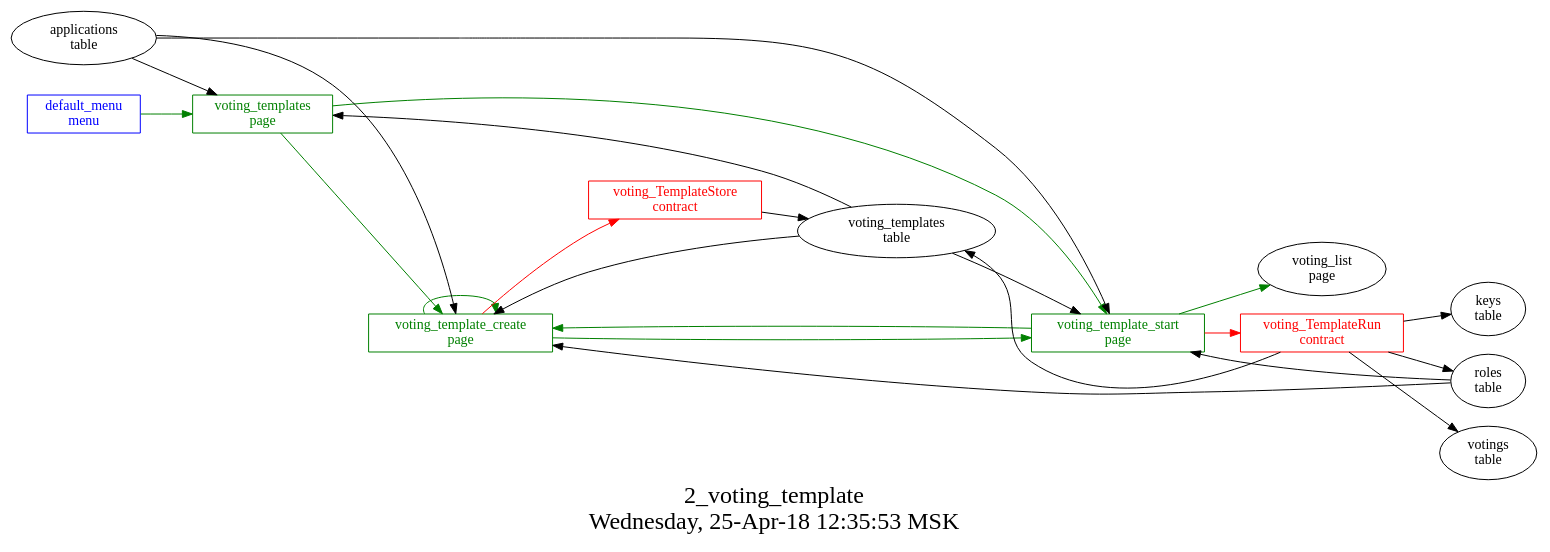
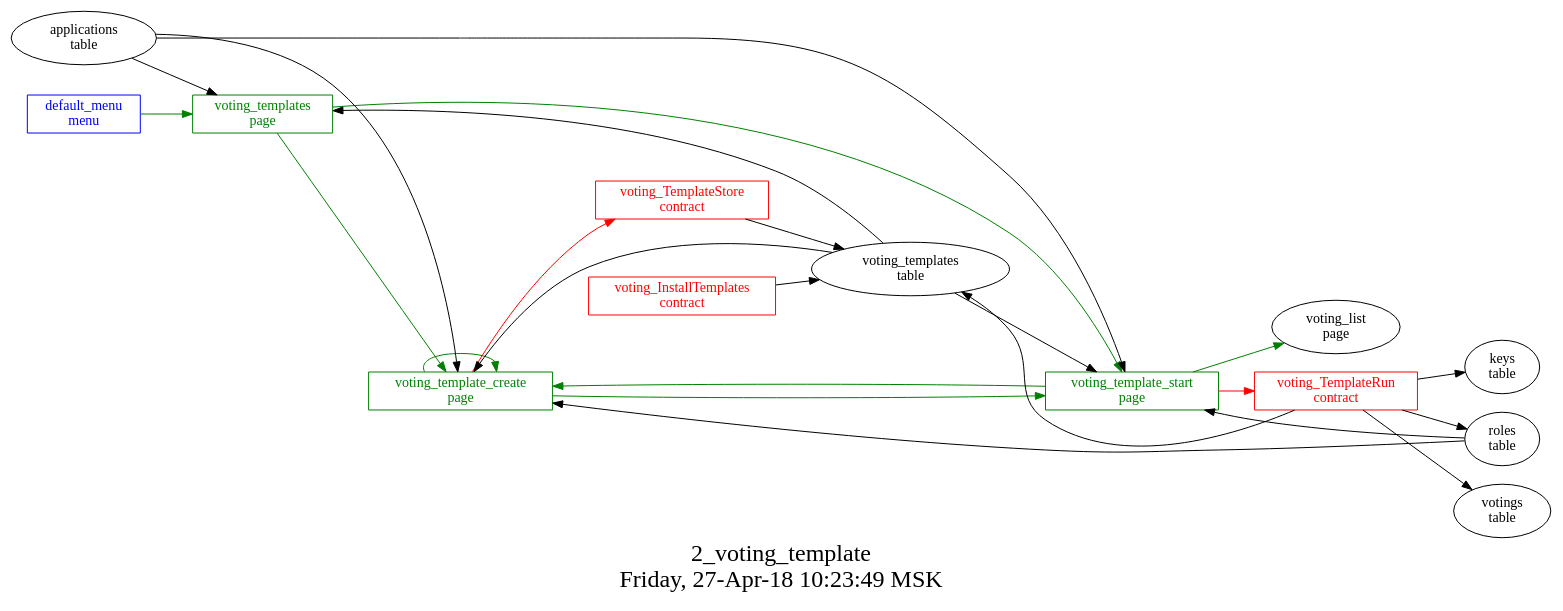
The diagram in src/basic/2_voting_templates/struct.dot (AplaProject/apps), drawn with Graphviz before and after one commit. The commit also changed 19 other files, not shown here.

```diff
--- a/src/basic/2_voting_templates/struct.dot
+++ b/src/basic/2_voting_templates/struct.dot
@@ -1,39 +1,41 @@
 digraph G {
 graph [
   fontsize="24";
-  label="2_voting_template\nWednesday, 25-Apr-18 12:35:53 MSK";
+  label="2_voting_template\nFriday, 27-Apr-18 10:23:49 MSK";
   nojustify=true;
   ordering=out;
   rankdir=LR;
   size="30";
 ];
 "default_menu\nmenu" -> "voting_templates\npage"  [ color=green ]
 "default_menu\nmenu" [color=blue, fontcolor=blue, group=menus, shape=record];
 "voting_template_create\npage" -> "voting_TemplateStore\ncontract"  [ color=red ]
 "applications\ntable" -> "voting_template_create\npage"  [ color="" ]
 "voting_templates\ntable" -> "voting_template_create\npage"  [ color="" ]
 "roles\ntable" -> "voting_template_create\npage"  [ color="" ]
 "voting_template_create\npage" -> "voting_template_create\npage"  [ color=green ]
 "voting_template_create\npage" -> "voting_template_start\npage"  [ color=green ]
 "voting_template_create\npage" [color=green, fontcolor=green, group=pages, shape=record];
 "voting_template_start\npage" -> "voting_TemplateRun\ncontract"  [ color=red ]
 "applications\ntable" -> "voting_template_start\npage"  [ color="" ]
 "voting_templates\ntable" -> "voting_template_start\npage"  [ color="" ]
 "roles\ntable" -> "voting_template_start\npage"  [ color="" ]
 "voting_template_start\npage" -> "voting_template_create\npage"  [ color=green ]
 "voting_template_start\npage" -> "voting_list\npage"  [ color=green ]
 "voting_template_start\npage" [color=green, fontcolor=green, group=pages, shape=record];
 "applications\ntable" -> "voting_templates\npage"  [ color="" ]
 "voting_templates\ntable" -> "voting_templates\npage"  [ color="" ]
 "voting_templates\npage" -> "voting_template_start\npage"  [ color=green ]
 "voting_templates\npage" -> "voting_template_create\npage"  [ color=green ]
 "voting_templates\npage" [color=green, fontcolor=green, group=pages, shape=record];
+"voting_InstallTemplates\ncontract" -> "voting_templates\ntable"  [ color="" ]
+"voting_InstallTemplates\ncontract" [color=red, fontcolor=red, group=contracts, shape=record];
 "voting_TemplateRun\ncontract" -> "voting_templates\ntable"  [ color="" ]
 "voting_TemplateRun\ncontract" -> "keys\ntable"  [ color="" ]
 "voting_TemplateRun\ncontract" -> "roles\ntable"  [ color="" ]
 "voting_TemplateRun\ncontract" -> "votings\ntable"  [ color="" ]
 "voting_TemplateRun\ncontract" [color=red, fontcolor=red, group=contracts, shape=record];
 "voting_TemplateStore\ncontract" -> "voting_templates\ntable"  [ color="" ]
 "voting_TemplateStore\ncontract" [color=red, fontcolor=red, group=contracts, shape=record];
 "voting_templates\ntable" [color="", fontcolor="", group=tables, shape=""];
 }
```
